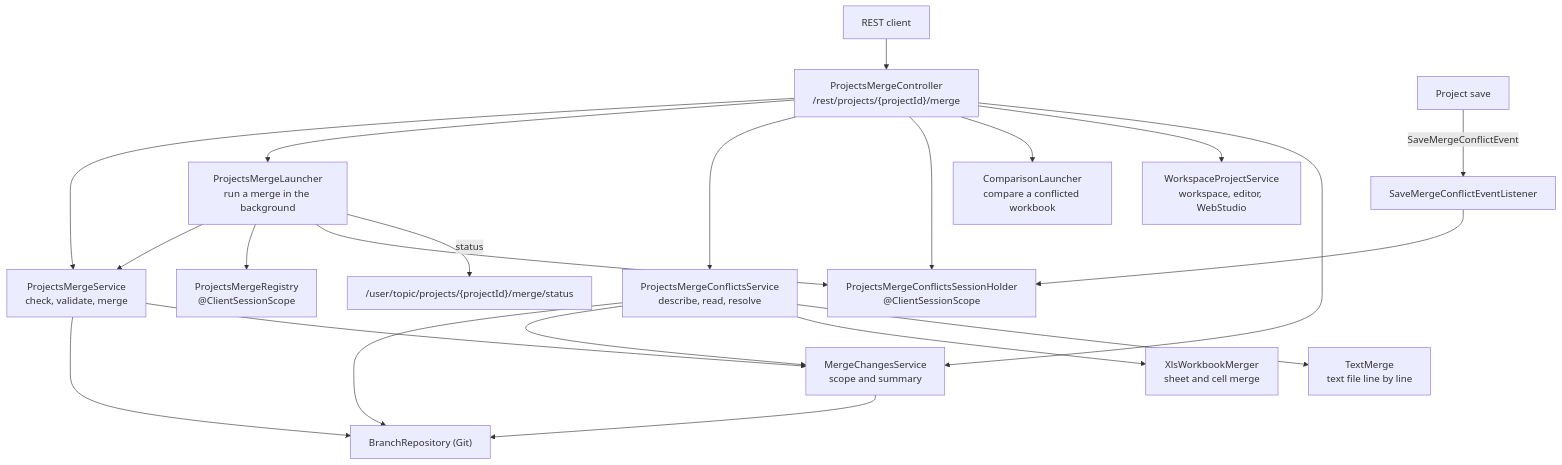
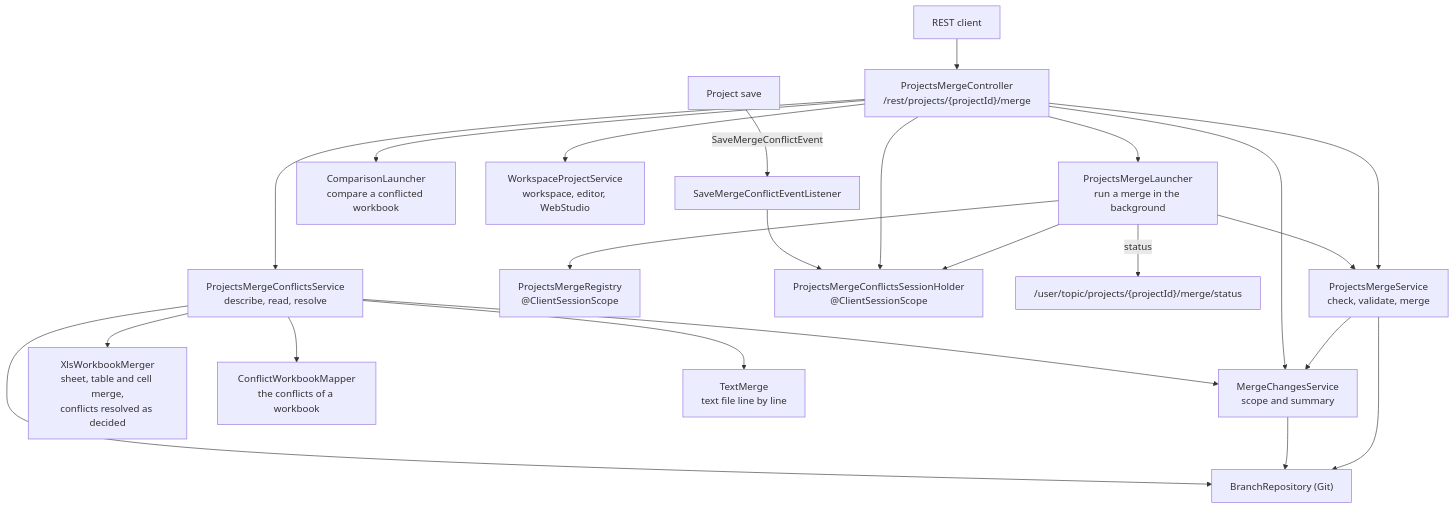
The first of 2 diagrams in Docs/api/projects-merge-architecture.md (openl-tablets/openl-tablets), drawn with Mermaid before and after one commit. The commit also changed other lines of this file and 148 other files, not shown here.

Commit message:
EPBDS-16885 Resolve the conflicts of a workbook table by table in the Resolve Conflicts dialog

````diff
--- a/Docs/api/projects-merge-architecture.md
+++ b/Docs/api/projects-merge-architecture.md
@@ -12,24 +12,25 @@
 ```mermaid
 flowchart TB
     Client["REST client"] --> Ctrl["ProjectsMergeController<br/>/rest/projects/{projectId}/merge"]
     Ctrl --> MS["ProjectsMergeService<br/>check, validate, merge"]
     Ctrl --> ML["ProjectsMergeLauncher<br/>run a merge in the background"]
     ML --> MS
     ML --> MR["ProjectsMergeRegistry<br/>@ClientSessionScope"]
     ML --> SH
     ML -- status --> Topic["/user/topic/projects/{projectId}/merge/status"]
     Ctrl --> CS["ProjectsMergeConflictsService<br/>describe, read, resolve"]
     Ctrl --> SH["ProjectsMergeConflictsSessionHolder<br/>@ClientSessionScope"]
     Ctrl --> CL["ComparisonLauncher<br/>compare a conflicted workbook"]
     Ctrl --> WS["WorkspaceProjectService<br/>workspace, editor, WebStudio"]
     MS --> Git["BranchRepository (Git)"]
     MS --> MC["MergeChangesService<br/>scope and summary"]
     Ctrl --> MC
     MC --> Git
     CS --> Git
     CS --> MC
-    CS --> XM["XlsWorkbookMerger<br/>sheet and cell merge"]
+    CS --> XM["XlsWorkbookMerger<br/>sheet, table and cell merge,<br/>conflicts resolved as decided"]
+    CS --> WM["ConflictWorkbookMapper<br/>the conflicts of a workbook"]
     CS --> TM["TextMerge<br/>text file line by line"]
     Save["Project save"] -- SaveMergeConflictEvent --> Lst["SaveMergeConflictEventListener"]
     Lst --> SH
 ```
````
